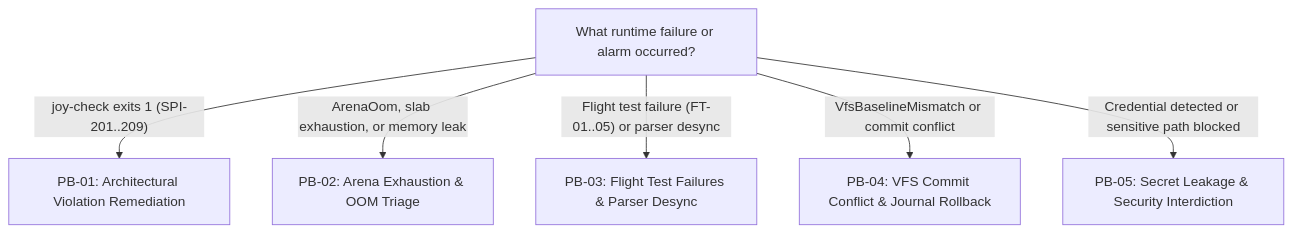
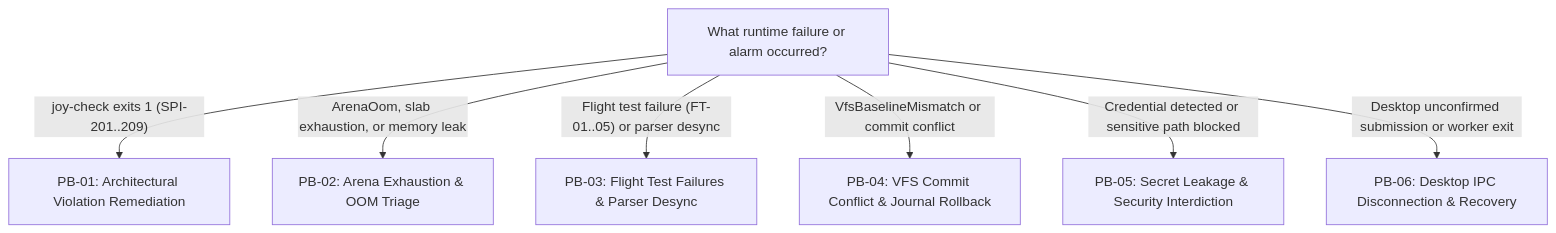
The diagram in docs/playbooks/README.md (CardSorting/HEAV3NS-MICRO), drawn with Mermaid before and after one commit. The commit also changed other lines of this file and 13 other files, not shown here.

````diff
--- a/docs/playbooks/README.md
+++ b/docs/playbooks/README.md
@@ -19,9 +19,10 @@
 ```mermaid
 flowchart TD
   START["What runtime failure or alarm occurred?"]
   START -->|"joy-check exits 1 (SPI-201..209)"| PB1["PB-01: Architectural Violation Remediation"]
   START -->|"ArenaOom, slab exhaustion, or memory leak"| PB2["PB-02: Arena Exhaustion & OOM Triage"]
   START -->|"Flight test failure (FT-01..05) or parser desync"| PB3["PB-03: Flight Test Failures & Parser Desync"]
   START -->|"VfsBaselineMismatch or commit conflict"| PB4["PB-04: VFS Commit Conflict & Journal Rollback"]
   START -->|"Credential detected or sensitive path blocked"| PB5["PB-05: Secret Leakage & Security Interdiction"]
+  START -->|"Desktop unconfirmed submission or worker exit"| PB6["PB-06: Desktop IPC Disconnection & Recovery"]
 ```
````
